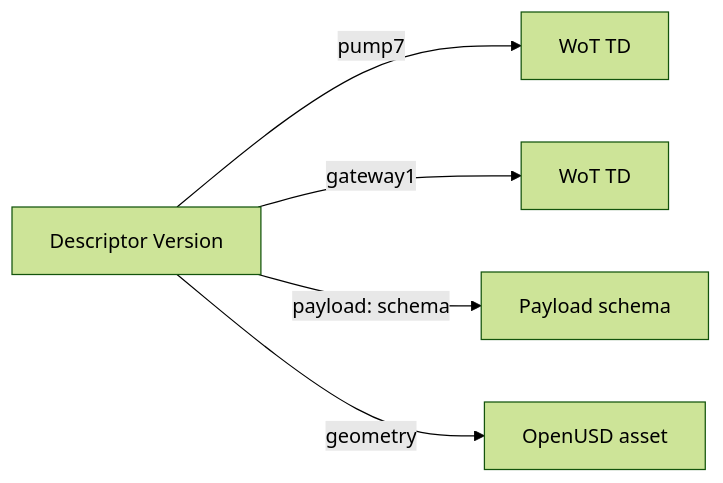
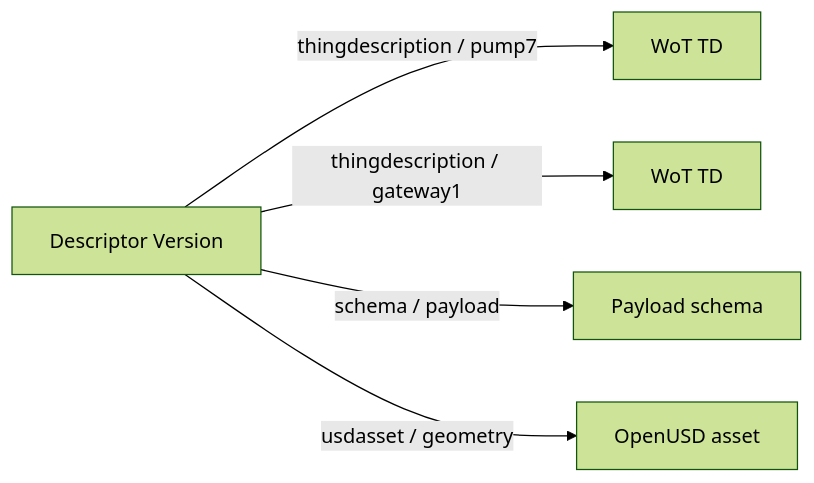
One commit to xregistry/spec changed the diagram in workingdrafts/models/descriptor/spec.md. Above: the diagram before and after it, drawn with Mermaid (forest theme). The commit also changed other lines of this file and 10 other files, not shown here.

````diff
--- a/workingdrafts/models/descriptor/spec.md
+++ b/workingdrafts/models/descriptor/spec.md
@@ -101,7 +104,7 @@
 ```mermaid
 flowchart LR
-  D["Descriptor Version"] -- "pump7" --> T["WoT TD"]
-  D -- "gateway1" --> G["WoT TD"]
-  D -- "payload: schema" --> S["Payload schema"]
-  D -- "geometry" --> U["OpenUSD asset"]
+  D["Descriptor Version"] -- "thingdescription / pump7" --> T["WoT TD"]
+  D -- "thingdescription / gateway1" --> G["WoT TD"]
+  D -- "schema / payload" --> S["Payload schema"]
+  D -- "usdasset / geometry" --> U["OpenUSD asset"]
 ```
````
